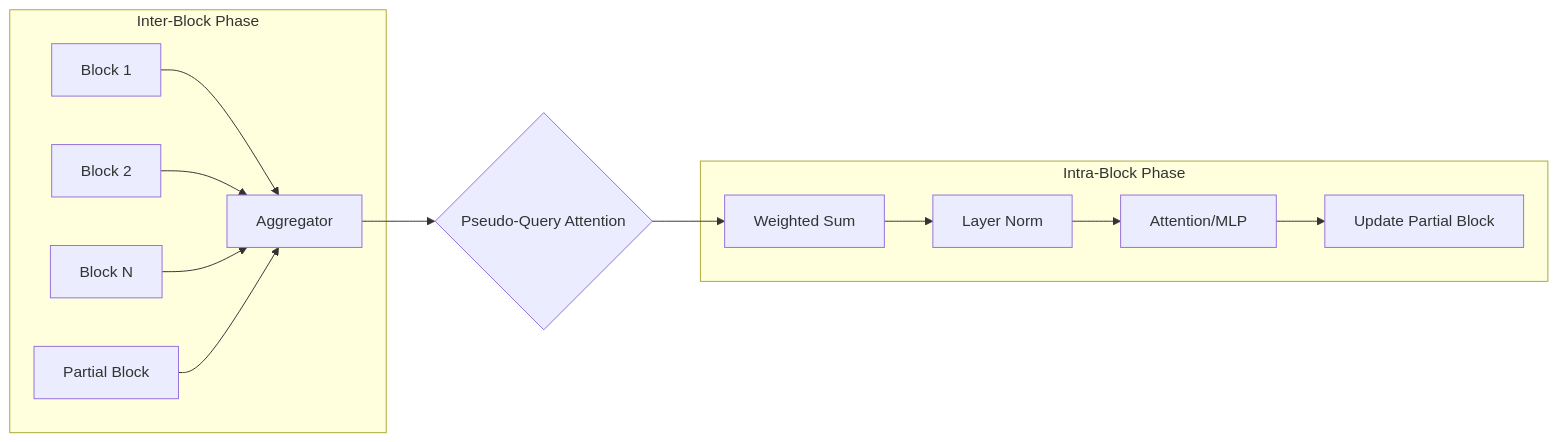
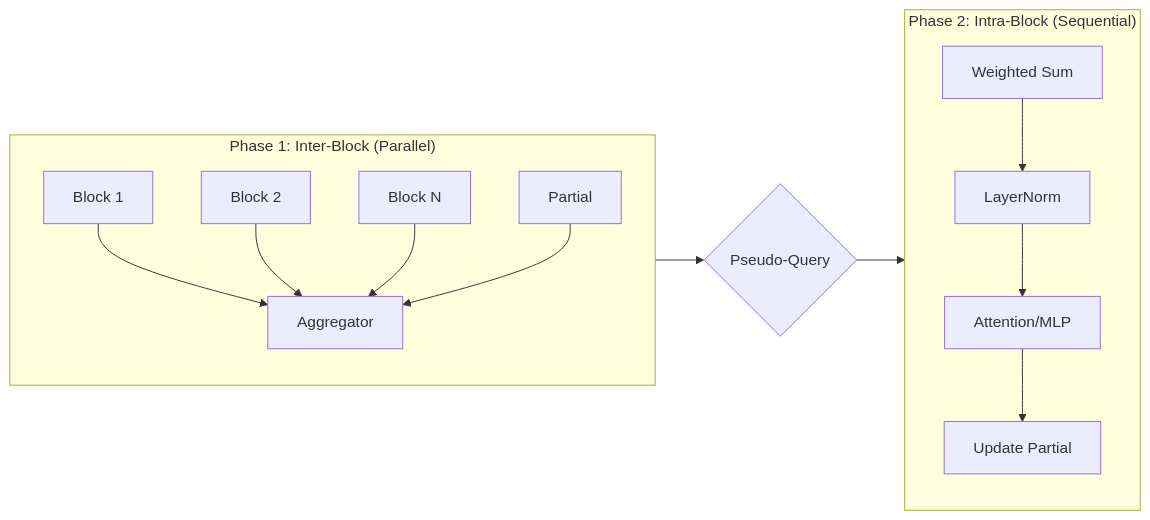
One commit to sunnyang1/Adaptive-Deep-Networks changed the fourth of 7 diagrams in docs/ARCHITECTURE.md. Above: the diagram before and after it, drawn with Mermaid. The commit also changed other lines of this file and 9 other files, not shown here.

````diff
--- a/docs/ARCHITECTURE.md
+++ b/docs/ARCHITECTURE.md
@@ -97,18 +106,20 @@
 ```mermaid
-graph LR
-    subgraph "Inter-Block Phase"
-        A[Block 1] --> Z[Aggregator]
-        B[Block 2] --> Z
-        C[Block N] --> Z
-        P[Partial Block] --> Z
+flowchart LR
+    subgraph Phase1["Phase 1: Inter-Block (Parallel)"]
+        direction TB
+        B1[Block 1] --> Agg[Aggregator]
+        B2[Block 2] --> Agg
+        BN[Block N] --> Agg
+        BP[Partial] --> Agg
     end
     
-    Z --> D{Pseudo-Query Attention}
-    D --> E[Weighted Sum]
+    Agg --> PQ{Pseudo-Query}
+    PQ --> WS[Weighted Sum]
     
-    subgraph "Intra-Block Phase"
-        E --> F[Layer Norm]
-        F --> G[Attention/MLP]
-        G --> H[Update Partial Block]
+    subgraph Phase2["Phase 2: Intra-Block (Sequential)"]
+        direction TB
+        WS --> LN[LayerNorm]
+        LN --> AM[Attention/MLP]
+        AM --> UP[Update Partial]
     end
 ```
````
